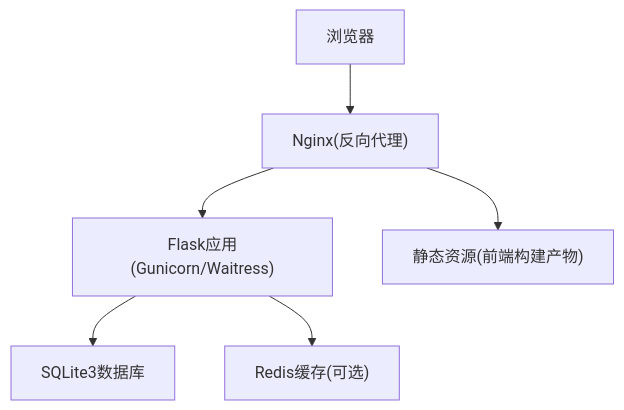
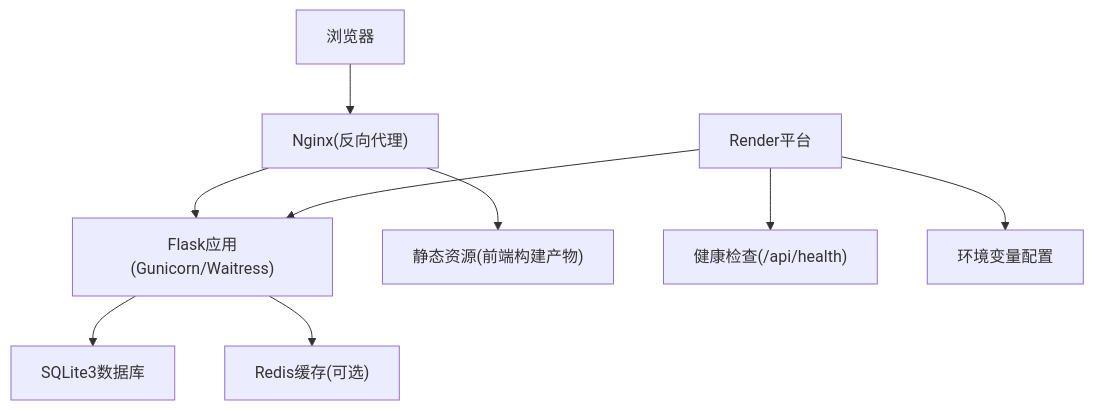
Before and after one commit to wyg5208/website_diy: the second of 7 diagrams in .qoder/repowiki/zh/content/部署配置/Flask应用部署.md, drawn with Mermaid. The commit also changed other lines of this file and 17 other files, not shown here.

````diff
--- a/.qoder/repowiki/zh/content/部署配置/Flask应用部署.md
+++ b/.qoder/repowiki/zh/content/部署配置/Flask应用部署.md
@@ -66,8 +91,11 @@
 ```mermaid
 graph TB
 Browser["浏览器"] --> Nginx["Nginx(反向代理)"]
 Nginx --> Flask["Flask应用(Gunicorn/Waitress)"]
 Flask --> SQLite["SQLite3数据库"]
 Flask --> Redis["Redis缓存(可选)"]
 Nginx --> Static["静态资源(前端构建产物)"]
+Render["Render平台"] --> Flask
+Render --> Health["健康检查(/api/health)"]
+Render --> Env["环境变量配置"]
 ```
````
